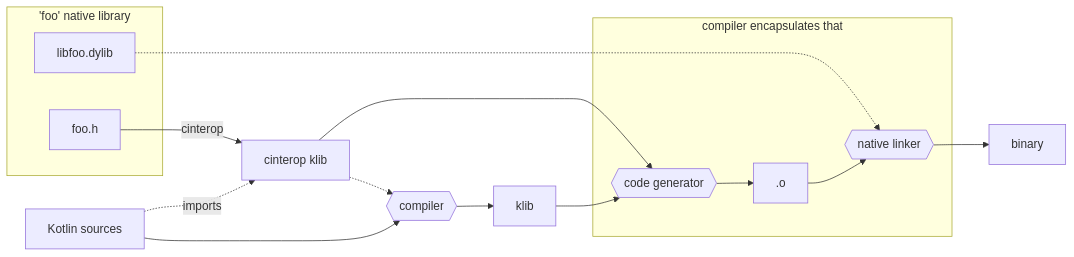
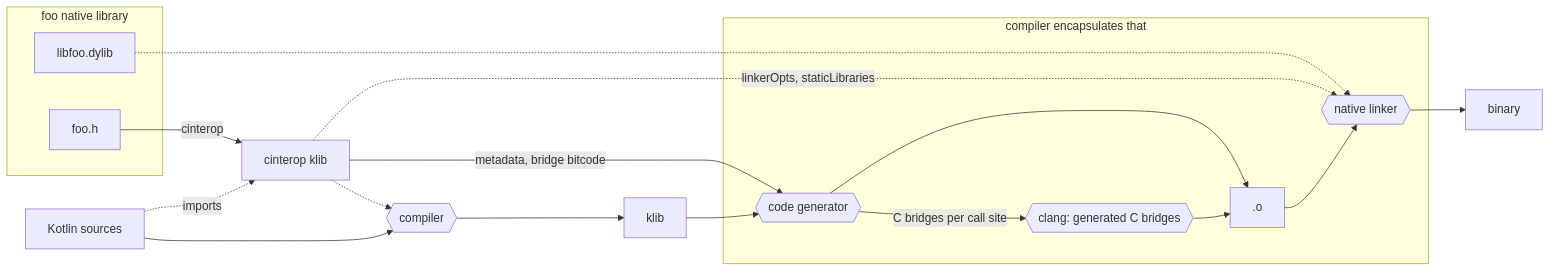
The third of 5 diagrams in docs/native/compilation-model.md (JetBrains/kotlin), drawn with Mermaid before and after one commit. The commit also changed other lines of this file and 57 other files, not shown here.

First line of the commit message:
[K/N] Add deep dives and diagrams to the Native knowledge base

````diff
--- a/docs/native/compilation-model.md
+++ b/docs/native/compilation-model.md
@@ -288,36 +312,39 @@
 ```mermaid
 flowchart LR
-    subgraph nativelib['foo' native library]
+    subgraph nativelib ["foo native library"]
         dylib[libfoo.dylib]
         header[foo.h]
     end
 
     sources[Kotlin sources]
     klib
     cinteropKlib[cinterop klib]
 
     compiler1{{compiler}}
-    subgraph compiler2[compiler encapsulates that]
+    subgraph compiler2 ["compiler encapsulates that"]
         codegen{{code generator}}
+        cstubs{{"clang: generated C bridges"}}
         machineCode[.o]
         linker{{native linker}}
     end
 
     sources --> compiler1
 
     header -->|cinterop| cinteropKlib
     sources -.->|imports| cinteropKlib
     cinteropKlib -.-> compiler1
-    cinteropKlib --> codegen
+    cinteropKlib -->|"metadata, bridge bitcode"| codegen
 
     compiler1 --> klib
     klib --> codegen
 
+    codegen -->|"C bridges per call site"| cstubs
+    cstubs --> machineCode
     codegen --> machineCode
     machineCode --> linker
 
+    cinteropKlib -.->|"linkerOpts, staticLibraries"| linker
     dylib -.-> linker
 
     linker --> binary
-    
 ```
````
